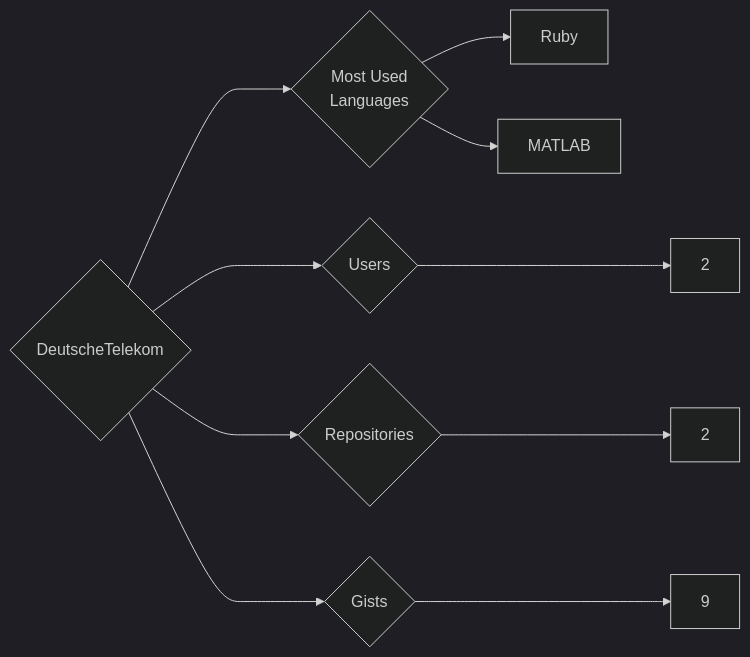
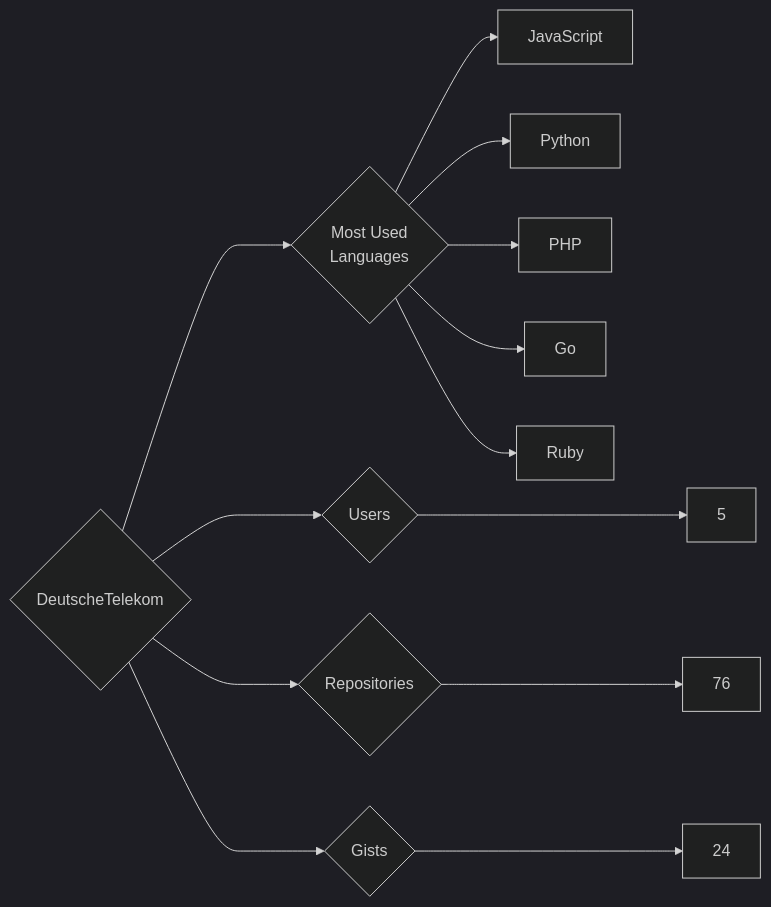
One commit to trickest/insiders changed the diagram in targets/DeutscheTelekom/README.md. Above: the diagram before and after it, drawn with Mermaid (dark theme). The commit also changed 942 other files, not shown here.

````diff
--- a/targets/DeutscheTelekom/README.md
+++ b/targets/DeutscheTelekom/README.md
@@ -3,10 +3,13 @@
 ```mermaid
 graph LR
 COMPANY_NAME{DeutscheTelekom}
-COMPANY_NAME ---> U{Users} ---> UN[2]
-COMPANY_NAME ---> R{Repositories} ---> RN[2]
-COMPANY_NAME ---> G{Gists} ---> GN[9]
+COMPANY_NAME ---> U{Users} ---> UN[5]
+COMPANY_NAME ---> R{Repositories} ---> RN[76]
+COMPANY_NAME ---> G{Gists} ---> GN[24]
 COMPANY_NAME ---> ML{Most Used<br>Languages}
+ML --> JavaScript[JavaScript]
+ML --> Python[Python]
+ML --> PHP[PHP]
+ML --> Go[Go]
 ML --> Ruby[Ruby]
-ML --> MATLAB[MATLAB]
 ```
````
